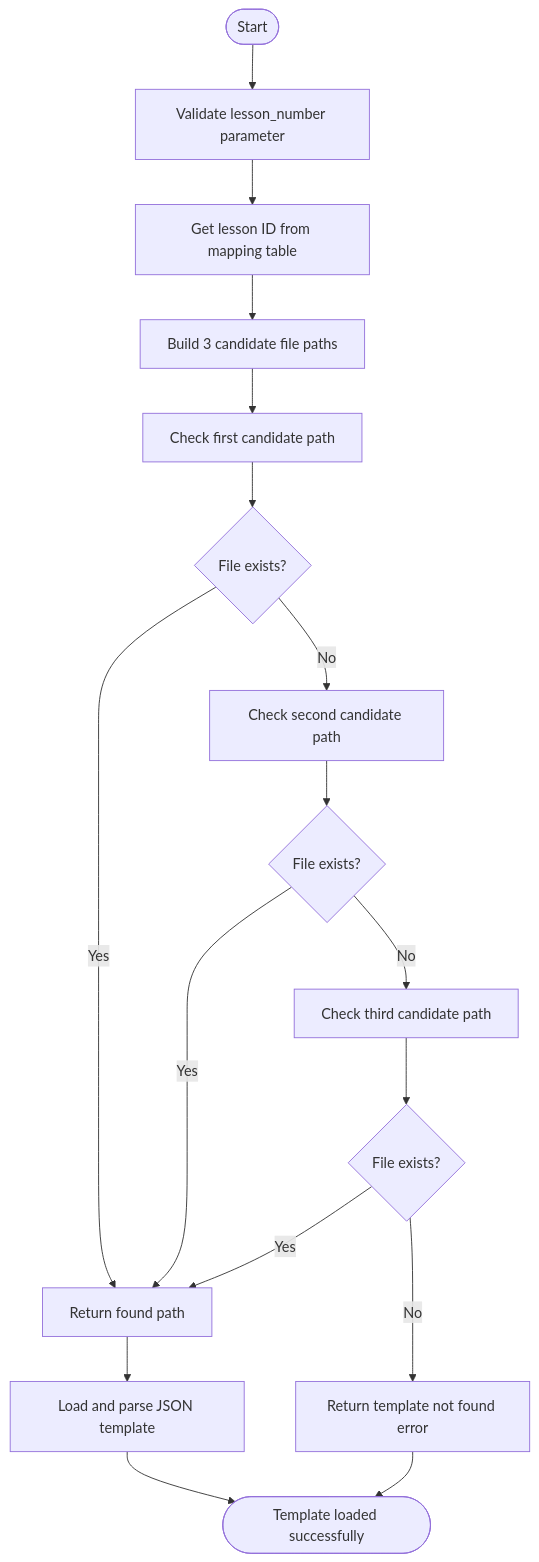
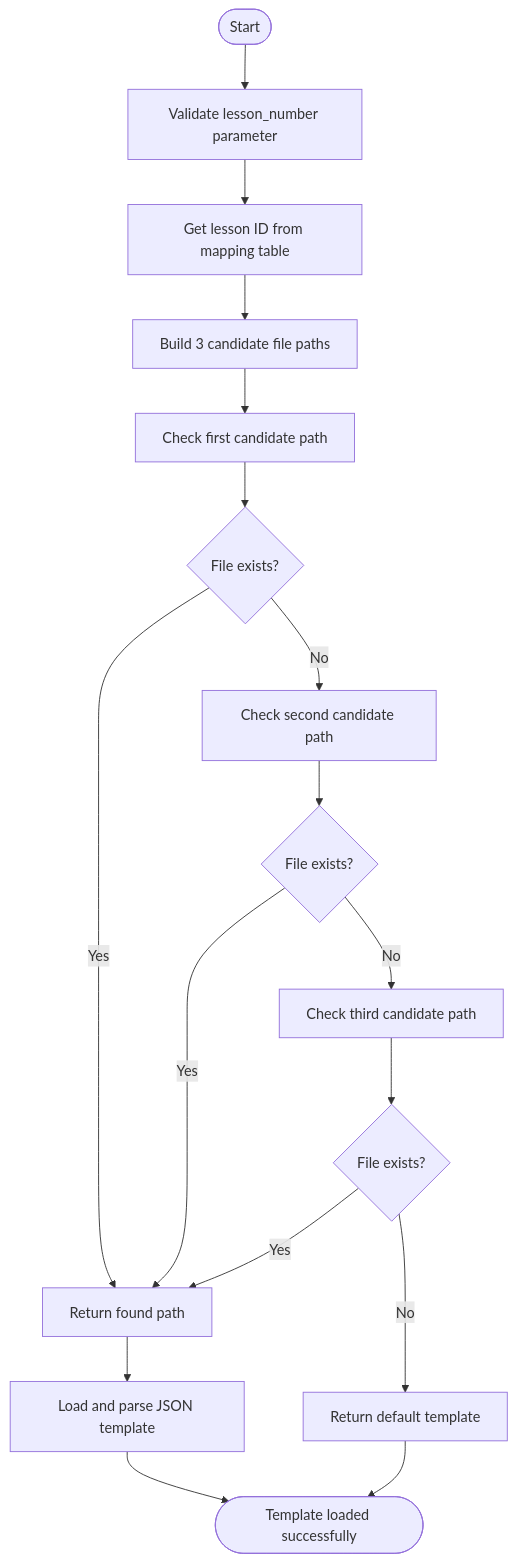
Before and after one commit to lommaks777/pesonalisev2: the second of 4 diagrams in .qoder/repowiki/en/content/Personalization Engine/Personalization Engine.md, drawn with Mermaid. The commit also changed other lines of this file and 17 other files, not shown here.

First line of the commit message:
refactor(docs): update all docs to reflect service layer architecture refactor

````diff
--- a/.qoder/repowiki/en/content/Personalization Engine/Personalization Engine.md
+++ b/.qoder/repowiki/en/content/Personalization Engine/Personalization Engine.md
@@ -79,19 +99,19 @@
 ```mermaid
 flowchart TD
 Start([Start]) --> CheckLessonNumber["Validate lesson_number parameter"]
 CheckLessonNumber --> GetLessonId["Get lesson ID from mapping table"]
 GetLessonId --> BuildCandidates["Build 3 candidate file paths"]
 BuildCandidates --> CheckFile1["Check first candidate path"]
 CheckFile1 --> FileExists1{File exists?}
 FileExists1 --> |Yes| ReturnPath["Return found path"]
 FileExists1 --> |No| CheckFile2["Check second candidate path"]
 CheckFile2 --> FileExists2{File exists?}
 FileExists2 --> |Yes| ReturnPath
 FileExists2 --> |No| CheckFile3["Check third candidate path"]
 CheckFile3 --> FileExists3{File exists?}
 FileExists3 --> |Yes| ReturnPath
-FileExists3 --> |No| ReturnError["Return template not found error"]
+FileExists3 --> |No| ReturnDefault["Return default template"]
 ReturnPath --> LoadTemplate["Load and parse JSON template"]
 LoadTemplate --> End([Template loaded successfully])
-ReturnError --> End
+ReturnDefault --> End
 ```
````
